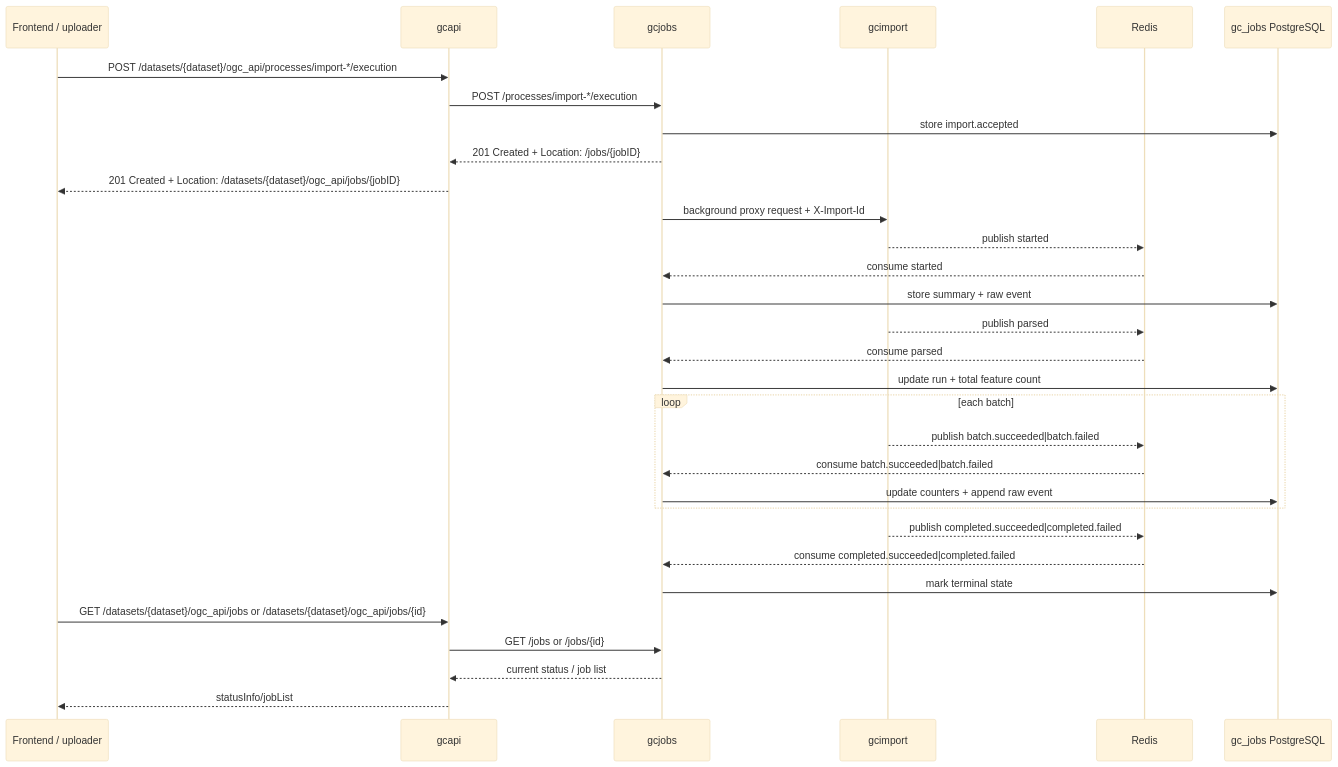
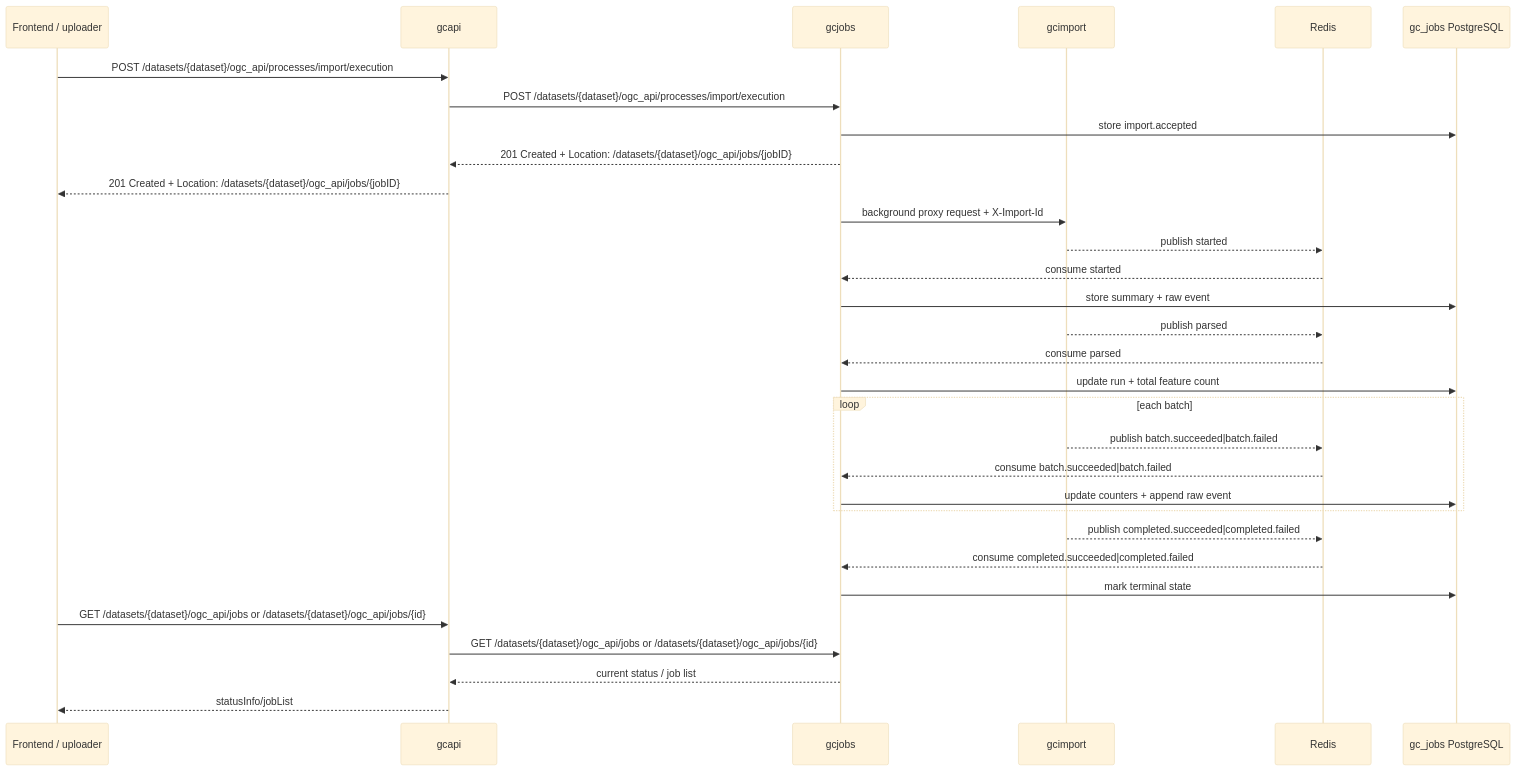
The eighth of 10 diagrams in docs/ARCHITECTURE.md (kartverket/topografisk-gdb-api), drawn with Mermaid (base theme) before and after one commit. The commit also changed other lines of this file and 16 other files, not shown here.

````diff
--- a/docs/ARCHITECTURE.md
+++ b/docs/ARCHITECTURE.md
@@ -331,37 +332,37 @@
 ```mermaid
 sequenceDiagram
   participant FE as Frontend / uploader
   participant A as gcapi
   participant J as gcjobs
   participant I as gcimport
   participant R as Redis
   participant JDB as gc_jobs PostgreSQL
 
-  FE->>A: POST /datasets/{dataset}/ogc_api/processes/import-*/execution
-  A->>J: POST /processes/import-*/execution
+  FE->>A: POST /datasets/{dataset}/ogc_api/processes/import/execution
+  A->>J: POST /datasets/{dataset}/ogc_api/processes/import/execution
   J->>JDB: store import.accepted
-  J-->>A: 201 Created + Location: /jobs/{jobID}
+  J-->>A: 201 Created + Location: /datasets/{dataset}/ogc_api/jobs/{jobID}
   A-->>FE: 201 Created + Location: /datasets/{dataset}/ogc_api/jobs/{jobID}
   J->>I: background proxy request + X-Import-Id
   I-->>R: publish started
   R-->>J: consume started
   J->>JDB: store summary + raw event
 
   I-->>R: publish parsed
   R-->>J: consume parsed
   J->>JDB: update run + total feature count
 
   loop each batch
     I-->>R: publish batch.succeeded|batch.failed
     R-->>J: consume batch.succeeded|batch.failed
     J->>JDB: update counters + append raw event
   end
 
   I-->>R: publish completed.succeeded|completed.failed
   R-->>J: consume completed.succeeded|completed.failed
   J->>JDB: mark terminal state
   FE->>A: GET /datasets/{dataset}/ogc_api/jobs or /datasets/{dataset}/ogc_api/jobs/{id}
-  A->>J: GET /jobs or /jobs/{id}
+  A->>J: GET /datasets/{dataset}/ogc_api/jobs or /datasets/{dataset}/ogc_api/jobs/{id}
   J-->>A: current status / job list
   A-->>FE: statusInfo/jobList
 ```
````
